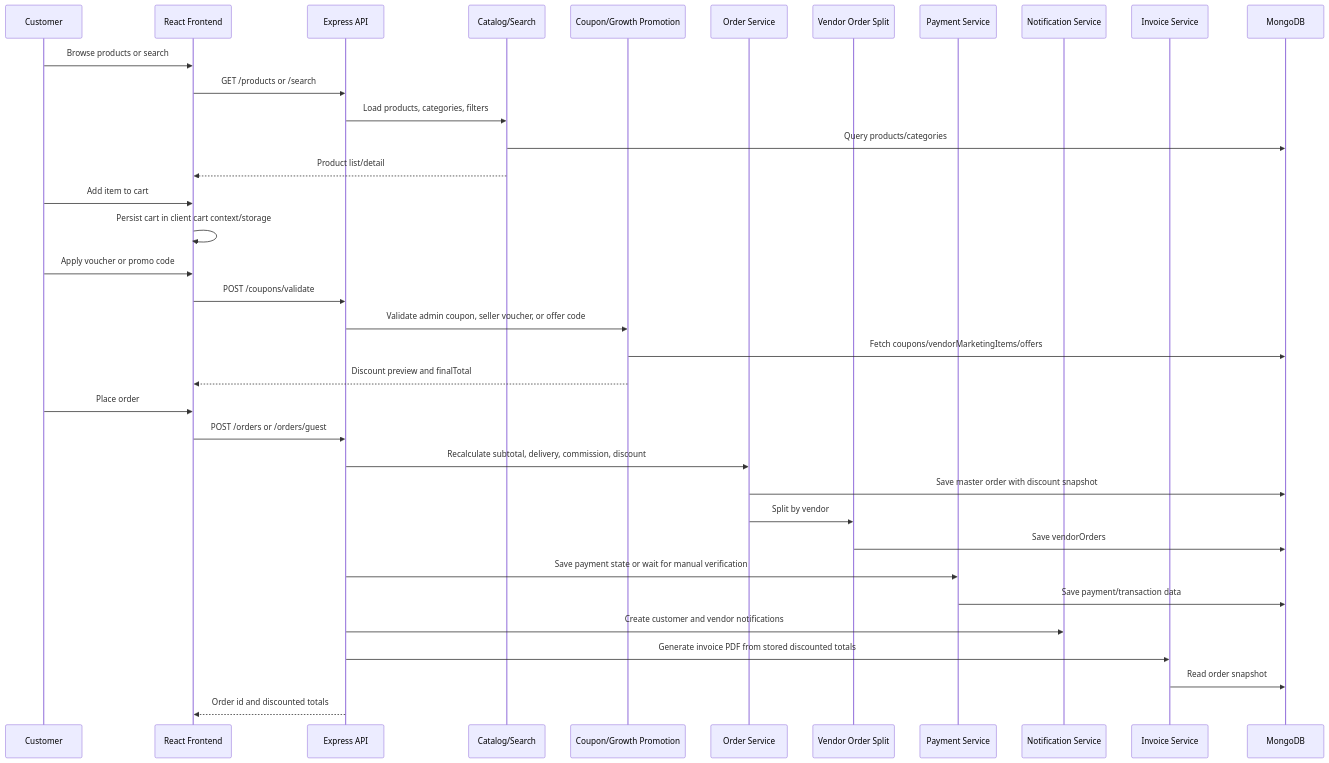
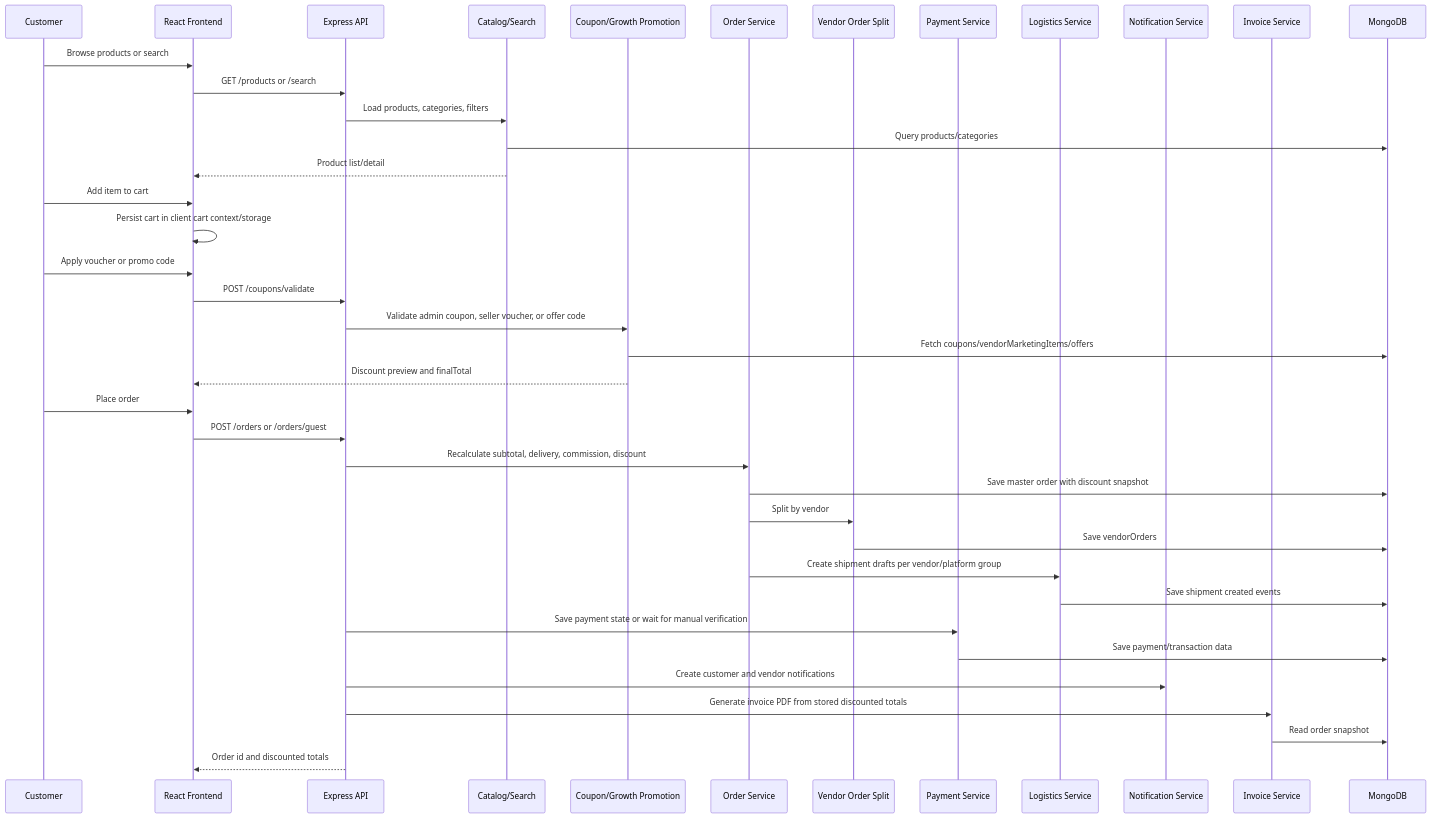
One commit to mrbabu07/Amiyo-Go changed the third of 10 diagrams in MARKETPLACE_WORKFLOW_DIAGRAMS.md. Above: the diagram before and after it, drawn with Mermaid. The commit also changed other lines of this file and 4 other files, not shown here.

Commit message:
Create shipment drafts during order placement

````diff
--- a/MARKETPLACE_WORKFLOW_DIAGRAMS.md
+++ b/MARKETPLACE_WORKFLOW_DIAGRAMS.md
@@ -221,42 +221,45 @@
 ```mermaid
 sequenceDiagram
     participant U as Customer
     participant FE as React Frontend
     participant API as Express API
     participant Catalog as Catalog/Search
     participant Promo as Coupon/Growth Promotion
     participant Order as Order Service
     participant VendorOrder as Vendor Order Split
     participant Pay as Payment Service
+    participant Logistics as Logistics Service
     participant Notif as Notification Service
     participant Invoice as Invoice Service
     participant DB as MongoDB
 
     U->>FE: Browse products or search
     FE->>API: GET /products or /search
     API->>Catalog: Load products, categories, filters
     Catalog->>DB: Query products/categories
     Catalog-->>FE: Product list/detail
 
     U->>FE: Add item to cart
     FE->>FE: Persist cart in client cart context/storage
 
     U->>FE: Apply voucher or promo code
     FE->>API: POST /coupons/validate
     API->>Promo: Validate admin coupon, seller voucher, or offer code
     Promo->>DB: Fetch coupons/vendorMarketingItems/offers
     Promo-->>FE: Discount preview and finalTotal
 
     U->>FE: Place order
     FE->>API: POST /orders or /orders/guest
     API->>Order: Recalculate subtotal, delivery, commission, discount
     Order->>DB: Save master order with discount snapshot
     Order->>VendorOrder: Split by vendor
     VendorOrder->>DB: Save vendorOrders
+    Order->>Logistics: Create shipment drafts per vendor/platform group
+    Logistics->>DB: Save shipment created events
     API->>Pay: Save payment state or wait for manual verification
     Pay->>DB: Save payment/transaction data
     API->>Notif: Create customer and vendor notifications
     API->>Invoice: Generate invoice PDF from stored discounted totals
     Invoice->>DB: Read order snapshot
     API-->>FE: Order id and discounted totals
 ```
````
